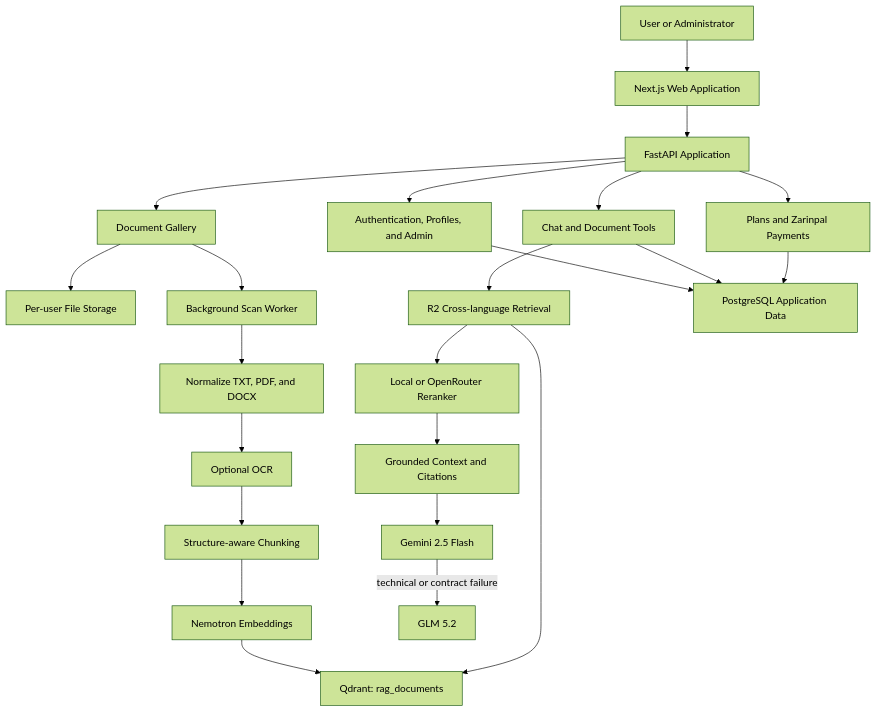
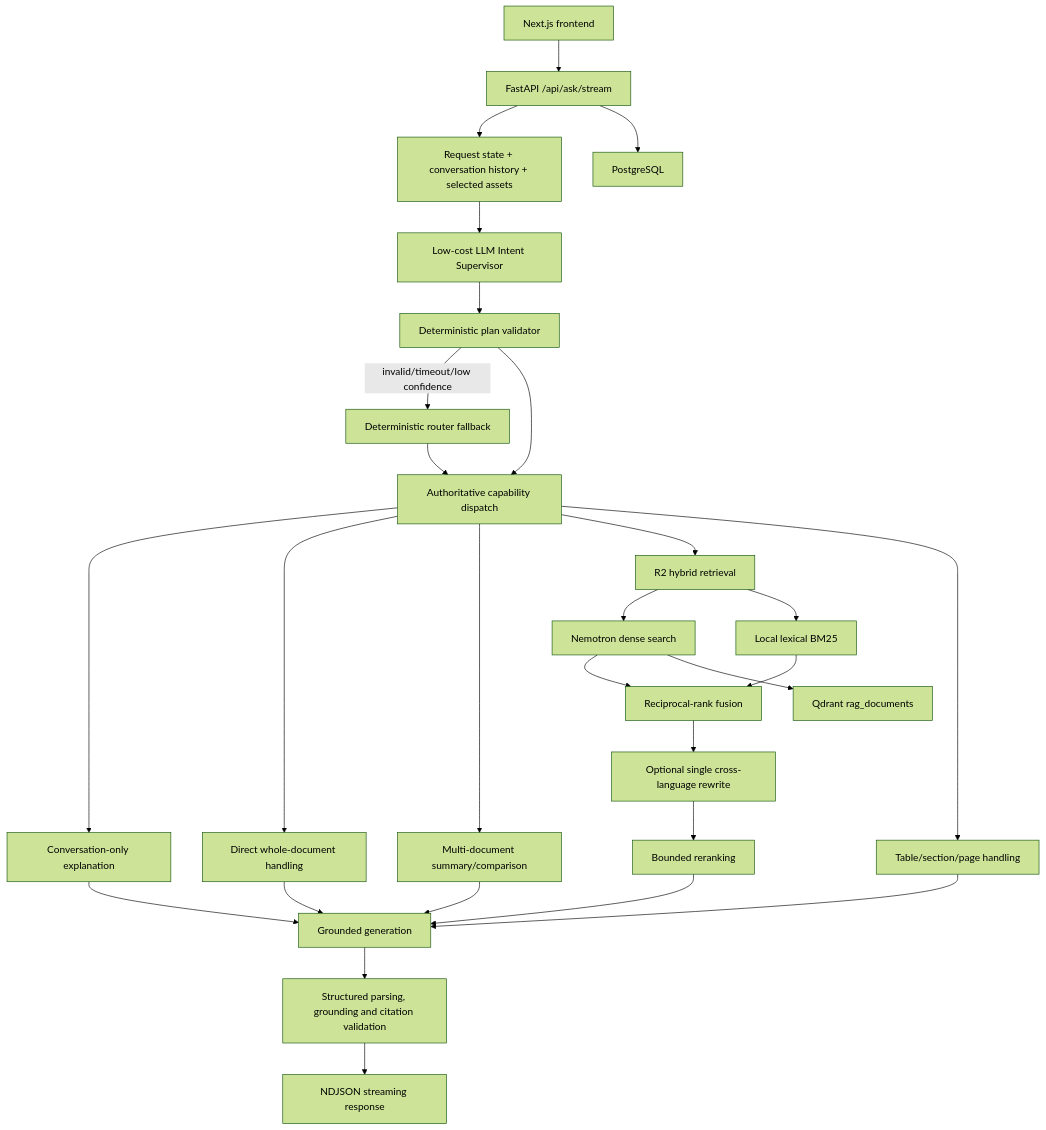
The diagram in README.md (MrAshki/rag-system), drawn with Mermaid (forest theme) before and after one commit. The commit also changed other lines of this file and 57 other files, not shown here.

````diff
--- a/README.md
+++ b/README.md
@@ -27,29 +25,34 @@
 ```mermaid
-flowchart TB
-    User["User or Administrator"] --> Web["Next.js Web Application"]
-    Web --> API["FastAPI Application"]
+flowchart TD
+    UI["Next.js frontend"] --> API["FastAPI /api/ask/stream"]
+    API --> State["Request state + conversation history + selected assets"]
+    State --> Supervisor["Low-cost LLM Intent Supervisor"]
+    Supervisor --> Validator["Deterministic plan validator"]
+    Validator -->|invalid/timeout/low confidence| Legacy["Deterministic router fallback"]
+    Validator --> Dispatch["Authoritative capability dispatch"]
+    Legacy --> Dispatch
 
-    API --> Accounts["Authentication, Profiles, and Admin"]
-    API --> Chat["Chat and Document Tools"]
-    API --> Gallery["Document Gallery"]
-    API --> Payments["Plans and Zarinpal Payments"]
+    Dispatch --> Conversation["Conversation-only explanation"]
+    Dispatch --> Direct["Direct whole-document handling"]
+    Dispatch --> Multi["Multi-document summary/comparison"]
+    Dispatch --> Retrieval["R2 hybrid retrieval"]
+    Dispatch --> Table["Table/section/page handling"]
 
-    Gallery --> Storage["Per-user File Storage"]
-    Gallery --> Worker["Background Scan Worker"]
-    Worker --> Normalize["Normalize TXT, PDF, and DOCX"]
-    Normalize --> OCR["Optional OCR"]
-    OCR --> Chunk["Structure-aware Chunking"]
-    Chunk --> Embed["Nemotron Embeddings"]
-    Embed --> VectorDB["Qdrant: rag_documents"]
+    Retrieval --> Dense["Nemotron dense search"]
+    Retrieval --> Sparse["Local lexical BM25"]
+    Dense --> Fusion["Reciprocal-rank fusion"]
+    Sparse --> Fusion
+    Fusion --> Rewrite["Optional single cross-language rewrite"]
+    Rewrite --> Rerank["Bounded reranking"]
 
-    Chat --> Search["R2 Cross-language Retrieval"]
-    Search --> VectorDB
-    Search --> Rerank["Local or OpenRouter Reranker"]
-    Rerank --> Context["Grounded Context and Citations"]
-    Context --> Primary["Gemini 2.5 Flash"]
-    Primary -->|technical or contract failure| Fallback["GLM 5.2"]
+    Conversation --> Generate["Grounded generation"]
+    Direct --> Generate
+    Multi --> Generate
+    Rerank --> Generate
+    Table --> Generate
+    Generate --> Validate["Structured parsing, grounding and citation validation"]
+    Validate --> Stream["NDJSON streaming response"]
 
-    Accounts --> Database["PostgreSQL Application Data"]
-    Chat --> Database
-    Payments --> Database
+    API --> PostgreSQL["PostgreSQL"]
+    Dense --> Qdrant["Qdrant rag_documents"]
 ```
````
